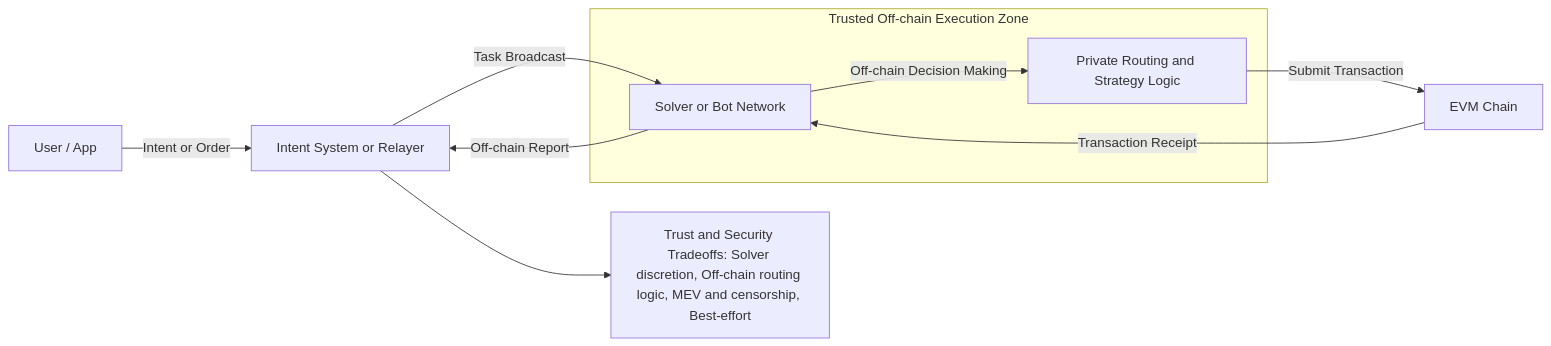
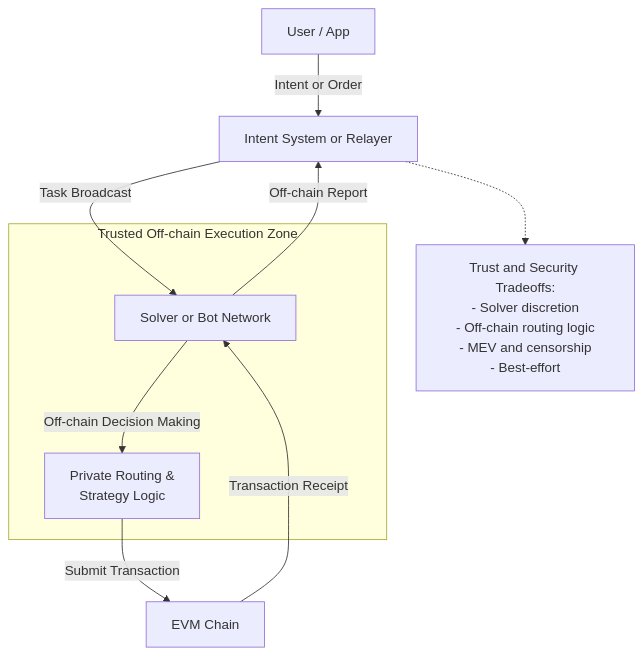
The first of 2 diagrams in docs/docs/getting-started/differentiation.md (trstlabs/intento), drawn with Mermaid before and after one commit. The commit also changed other lines of this file and 7 other files, not shown here.

````diff
--- a/docs/docs/getting-started/differentiation.md
+++ b/docs/docs/getting-started/differentiation.md
@@ -14,17 +14,16 @@
 ```mermaid
-flowchart LR
+flowchart TD
   User[User / App] -->|Intent or Order| IntentSystem[Intent System or Relayer]
   IntentSystem --> |Task Broadcast| SolverNet[Solver or Bot Network]
-  SolverNet --> |Off-chain Decision Making| Strategy[Private Routing and Strategy Logic]
+  
+  subgraph Trusted["Trusted Off-chain Execution Zone"]
+    SolverNet --> |Off-chain Decision Making| Strategy[Private Routing &<br/>Strategy Logic]
+  end
+
   Strategy --> |Submit Transaction| EVMChain[EVM Chain]
   EVMChain --> |Transaction Receipt| SolverNet
   SolverNet --> |Off-chain Report| IntentSystem
 
-  subgraph Trusted["Trusted Off-chain Execution Zone"]
-    SolverNet
-    Strategy
-  end
-
-  Risks[Trust and Security Tradeoffs: Solver discretion, Off-chain routing logic, MEV and censorship, Best-effort]
-  IntentSystem --> Risks
+  Risks["Trust and Security Tradeoffs:<br/>- Solver discretion<br/>- Off-chain routing logic<br/>- MEV and censorship<br/>- Best-effort"]
+  IntentSystem -.-> Risks
 ```
````
